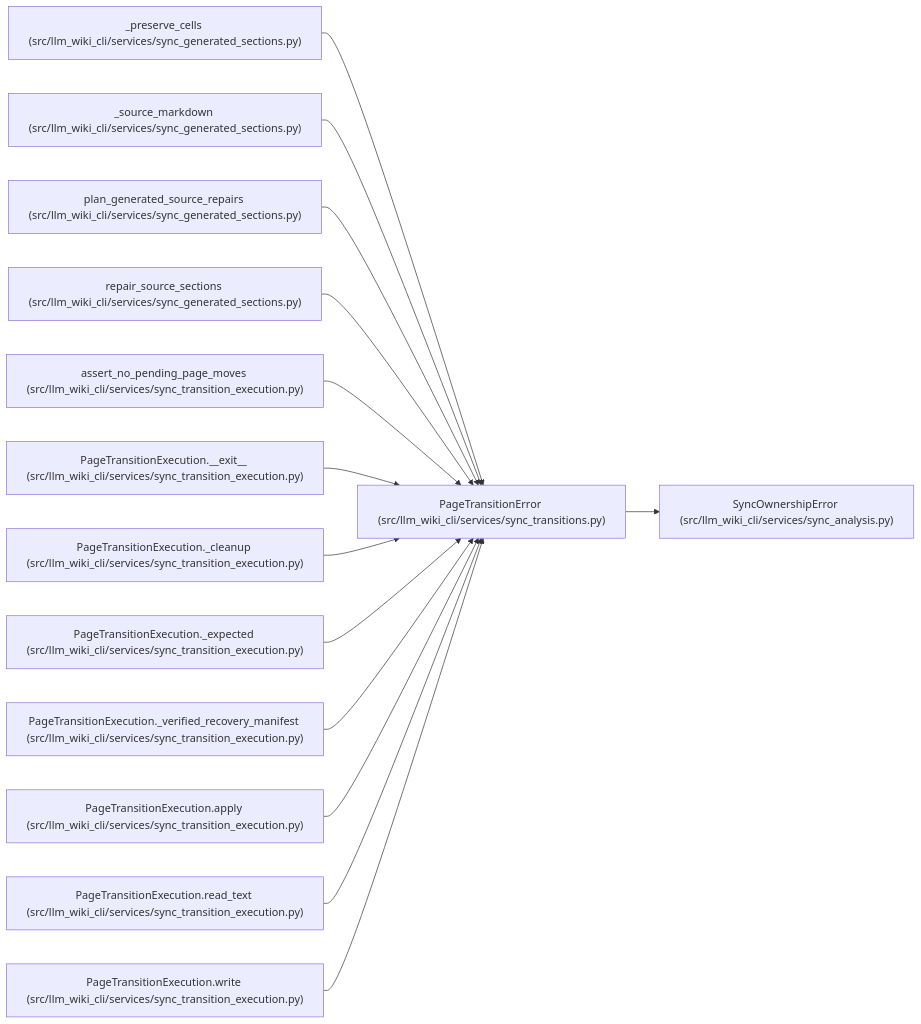
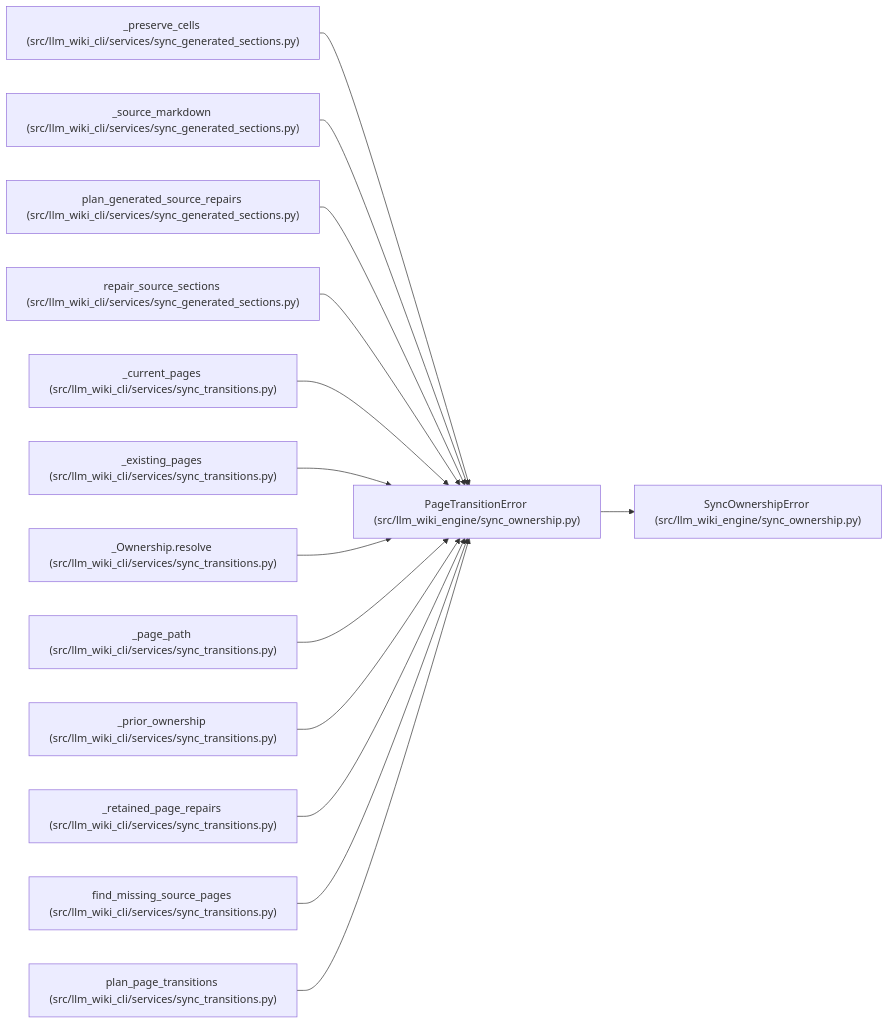
Before and after one commit to Denissvgn/python-wiki-llm: the diagram in docs/llm_wiki/entities/PageTransitionError.md, drawn with Mermaid. The commit also changed other lines of this file and 648 other files, not shown here.

Commit message:
docs: refresh the wiki for the engine task contract and search

````diff
--- a/docs/llm_wiki/entities/PageTransitionError.md
+++ b/docs/llm_wiki/entities/PageTransitionError.md
@@ -23,44 +23,44 @@
 ```mermaid
 flowchart LR
-    n0["PageTransitionError (src/llm_wiki_cli/services/sync_transitions.py)"]
-    n1["SyncOwnershipError (src/llm_wiki_cli/services/sync_analysis.py)"]
+    n0["PageTransitionError (src/llm_wiki_engine/sync_ownership.py)"]
+    n1["SyncOwnershipError (src/llm_wiki_engine/sync_ownership.py)"]
     n2["_preserve_cells (src/llm_wiki_cli/services/sync_generated_sections.py)"]
     n3["_source_markdown (src/llm_wiki_cli/services/sync_generated_sections.py)"]
     n4["plan_generated_source_repairs (src/llm_wiki_cli/services/sync_generated_sections.py)"]
     n5["repair_source_sections (src/llm_wiki_cli/services/sync_generated_sections.py)"]
-    n6["assert_no_pending_page_moves (src/llm_wiki_cli/services/sync_transition_execution.py)"]
-    n7["PageTransitionExecution.__exit__ (src/llm_wiki_cli/services/sync_transition_execution.py)"]
-    n8["PageTransitionExecution._cleanup (src/llm_wiki_cli/services/sync_transition_execution.py)"]
-    n9["PageTransitionExecution._expected (src/llm_wiki_cli/services/sync_transition_execution.py)"]
-    n10["PageTransitionExecution._verified_recovery_manifest (src/llm_wiki_cli/services/sync_transition_execution.py)"]
-    n11["PageTransitionExecution.apply (src/llm_wiki_cli/services/sync_transition_execution.py)"]
-    n12["PageTransitionExecution.read_text (src/llm_wiki_cli/services/sync_transition_execution.py)"]
-    n13["PageTransitionExecution.write (src/llm_wiki_cli/services/sync_transition_execution.py)"]
+    n6["_current_pages (src/llm_wiki_cli/services/sync_transitions.py)"]
+    n7["_existing_pages (src/llm_wiki_cli/services/sync_transitions.py)"]
+    n8["_Ownership.resolve (src/llm_wiki_cli/services/sync_transitions.py)"]
+    n9["_page_path (src/llm_wiki_cli/services/sync_transitions.py)"]
+    n10["_prior_ownership (src/llm_wiki_cli/services/sync_transitions.py)"]
+    n11["_retained_page_repairs (src/llm_wiki_cli/services/sync_transitions.py)"]
+    n12["find_missing_source_pages (src/llm_wiki_cli/services/sync_transitions.py)"]
+    n13["plan_page_transitions (src/llm_wiki_cli/services/sync_transitions.py)"]
     n0 --> n1
     n2 --> n0
     n3 --> n0
     n4 --> n0
     n5 --> n0
     n6 --> n0
     n7 --> n0
     n8 --> n0
     n9 --> n0
     n10 --> n0
     n11 --> n0
     n12 --> n0
     n13 --> n0
-    click n0 "../modules/sync_transitions.md"
-    click n1 "../modules/sync_analysis.md"
+    click n0 "../modules/sync_ownership.md"
+    click n1 "../modules/sync_ownership.md"
     click n2 "../modules/sync_generated_sections.md"
     click n3 "../modules/sync_generated_sections.md"
     click n4 "../modules/sync_generated_sections.md"
     click n5 "../modules/sync_generated_sections.md"
-    click n6 "../modules/sync_transition_execution.md"
-    click n7 "../modules/sync_transition_execution.md"
-    click n8 "../modules/sync_transition_execution.md"
-    click n9 "../modules/sync_transition_execution.md"
-    click n10 "../modules/sync_transition_execution.md"
-    click n11 "../modules/sync_transition_execution.md"
-    click n12 "../modules/sync_transition_execution.md"
-    click n13 "../modules/sync_transition_execution.md"
+    click n6 "../modules/sync_transitions.md"
+    click n7 "../modules/sync_transitions.md"
+    click n8 "../modules/sync_transitions.md"
+    click n9 "../modules/sync_transitions.md"
+    click n10 "../modules/sync_transitions.md"
+    click n11 "../modules/sync_transitions.md"
+    click n12 "../modules/sync_transitions.md"
+    click n13 "../modules/sync_transitions.md"
 ```
````
